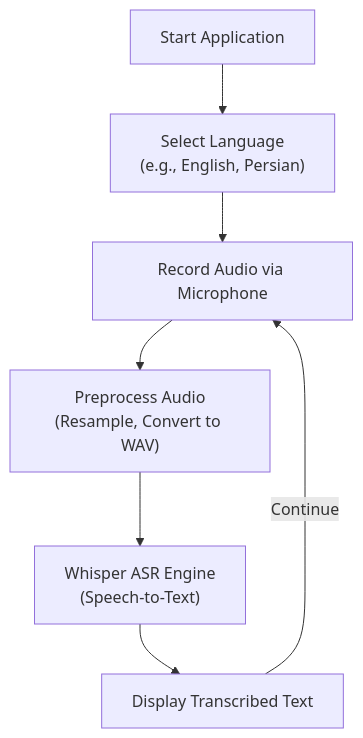
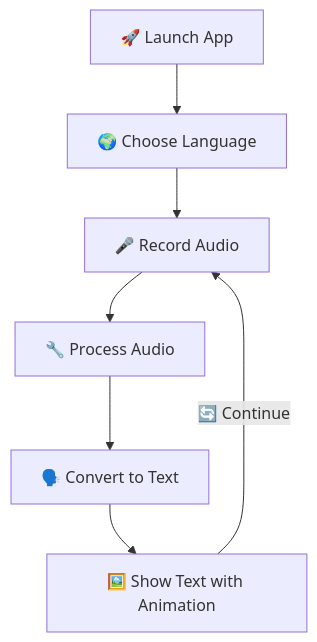
Before and after one commit to Parham-Dehghan/ai-eyes-for-the-blind: the fourth of 4 diagrams in README.md, drawn with Mermaid. The commit also changed other lines of this file, not shown here.

````diff
--- a/README.md
+++ b/README.md
@@ -147,9 +148,9 @@
 ```mermaid
 flowchart TD
-    Start[Start Application] --> Config["Select Language\n(e.g., English, Persian)"]
-    Config --> Record[Record Audio via Microphone]
-    Record --> Preprocess["Preprocess Audio\n(Resample, Convert to WAV)"]
-    Preprocess --> ASR["Whisper ASR Engine\n(Speech-to-Text)"]
-    ASR --> Display[Display Transcribed Text]
-    Display -->|Continue| Record
+    Start[🚀 Launch App] --> Config[🌍 Choose Language]
+    Config --> Record[🎤 Record Audio]
+    Record --> Preprocess[🔧 Process Audio]
+    Preprocess --> ASR[🗣️ Convert to Text]
+    ASR --> Display[🖼️ Show Text with Animation]
+    Display -->|🔄 Continue| Record
 ```
````
